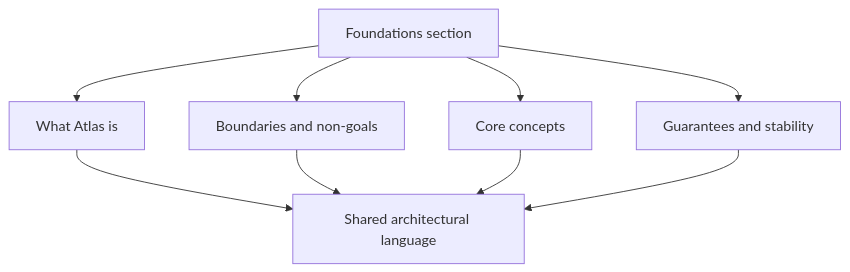
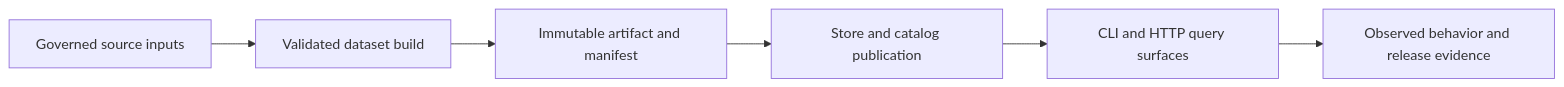
Before and after one commit to bijux/bijux-atlas: the diagram in docs/bijux-atlas/foundations/index.md, drawn with Mermaid. The commit also changed other lines of this file and 2 other files, not shown here.

Commit message:
docs(product): trace workflows through artifact boundaries

````diff
--- a/docs/bijux-atlas/foundations/index.md
+++ b/docs/bijux-atlas/foundations/index.md
@@ -15,11 +17,8 @@
 ```mermaid
-flowchart TD
-    Foundations[Foundations section] --> Identity[What Atlas is]
-    Foundations --> Boundaries[Boundaries and non-goals]
-    Foundations --> Concepts[Core concepts]
-    Foundations --> Stability[Guarantees and stability]
-    Identity --> Shared[Shared architectural language]
-    Boundaries --> Shared
-    Concepts --> Shared
-    Stability --> Shared
+flowchart LR
+    Source[Governed source inputs] --> Build[Validated dataset build]
+    Build --> Artifact[Immutable artifact and manifest]
+    Artifact --> Publish[Store and catalog publication]
+    Publish --> Serve[CLI and HTTP query surfaces]
+    Serve --> Evidence[Observed behavior and release evidence]
 ```
````
